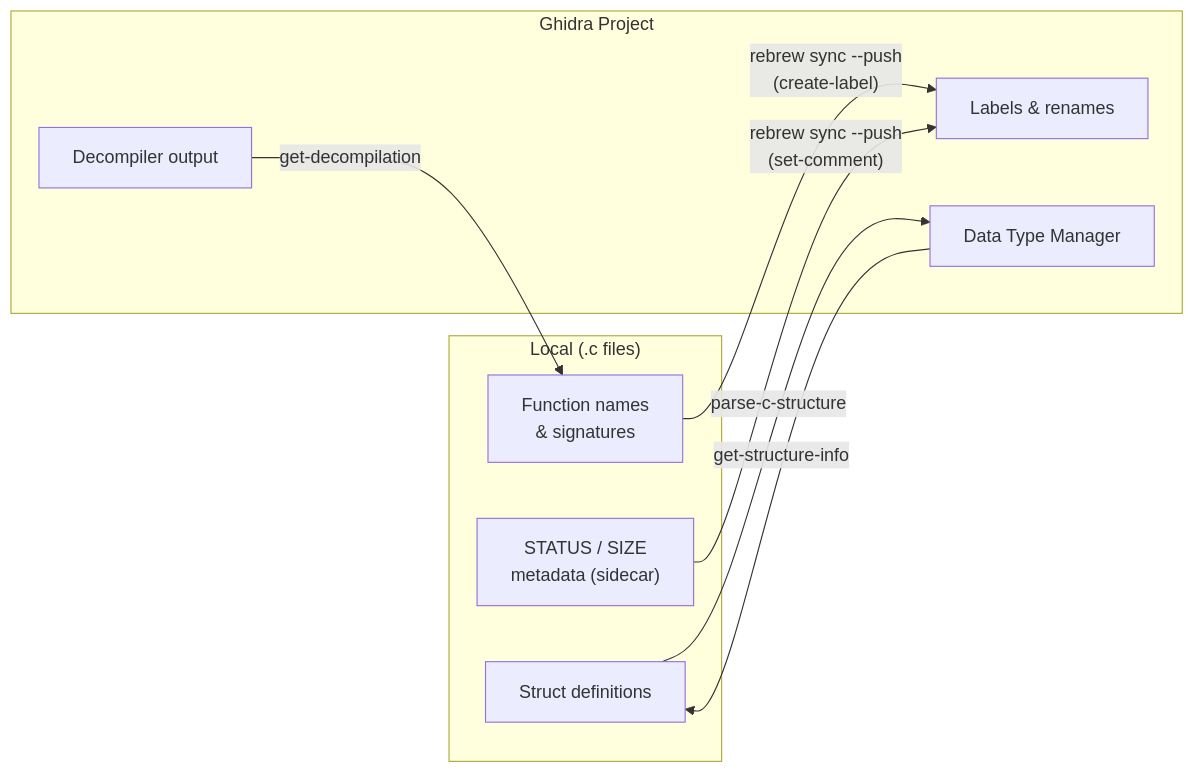
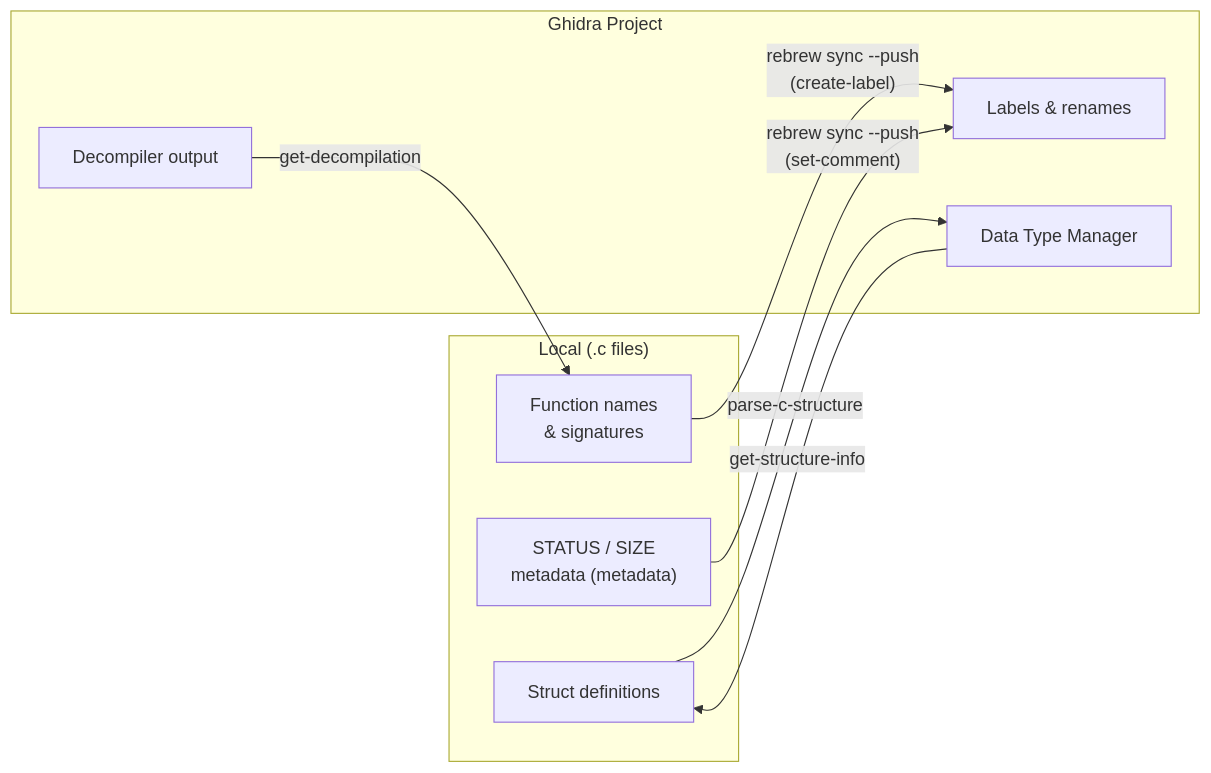
One commit to maci0/rebrew changed the eighth of 16 diagrams in docs/USER_STORIES.md. Above: the diagram before and after it, drawn with Mermaid. The commit also changed 88 other files, not shown here.

Commit message:
docs: rename sidecar to metadata and update test counts

````diff
--- a/docs/USER_STORIES.md
+++ b/docs/USER_STORIES.md
@@ -273,20 +273,20 @@
 ```mermaid
 graph LR
     subgraph "Local (.c files)"
         L1["Function names<br/>& signatures"]
         L2["Struct definitions"]
-        L3["STATUS / SIZE<br/>metadata (sidecar)"]
+        L3["STATUS / SIZE<br/>metadata (metadata)"]
     end
 
     subgraph "Ghidra Project"
         G1["Labels & renames"]
         G2["Data Type Manager"]
         G3["Decompiler output"]
     end
 
     L1 -->|"rebrew sync --push<br/>(create-label)"| G1
     L3 -->|"rebrew sync --push<br/>(set-comment)"| G1
     L2 -->|"parse-c-structure"| G2
     G3 -->|"get-decompilation"| L1
     G2 -->|"get-structure-info"| L2
 ```
````
